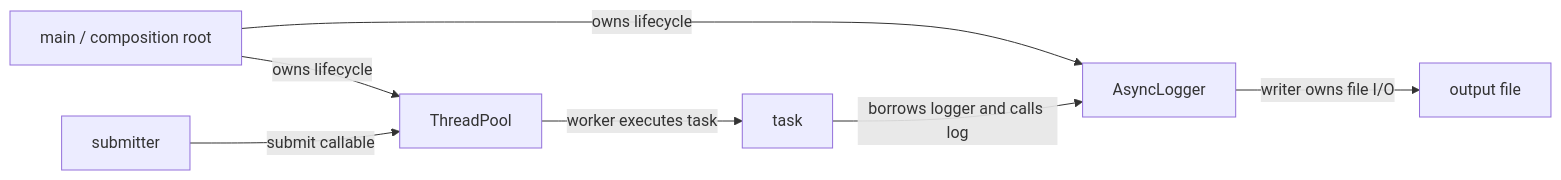
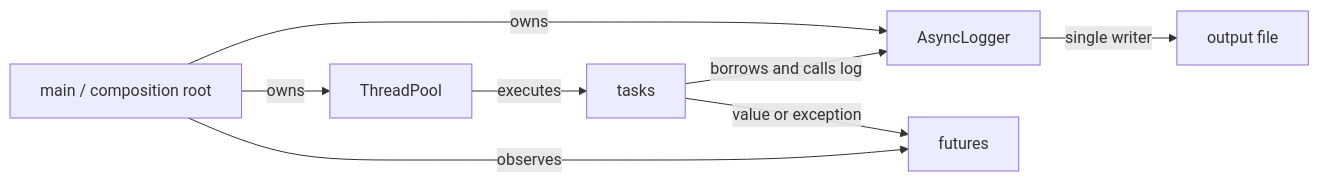
One commit to FxorG00/system-learning-notes changed the first of 3 diagrams in week8/day7/day7.md. Above: the diagram before and after it, drawn with Mermaid. The commit also changed other lines of this file and 17 other files, not shown here.

````diff
--- a/week8/day7/day7.md
+++ b/week8/day7/day7.md
@@ -526,9 +419,10 @@
-```mermaid
+~~~mermaid
 flowchart LR
-    M[main / composition root] -->|owns lifecycle| P[ThreadPool]
-    M -->|owns lifecycle| L[AsyncLogger]
-    S[submitter] -->|submit callable| P
-    P -->|worker executes task| T[task]
-    T -->|borrows logger and calls log| L
-    L -->|writer owns file I/O| F[output file]
-```
+    M[main / composition root] -->|owns| P[ThreadPool]
+    M -->|owns| L[AsyncLogger]
+    P -->|executes| T[tasks]
+    T -->|borrows and calls log| L
+    T -->|value or exception| R[futures]
+    L -->|single writer| F[output file]
+    M -->|observes| R
+~~~
````
